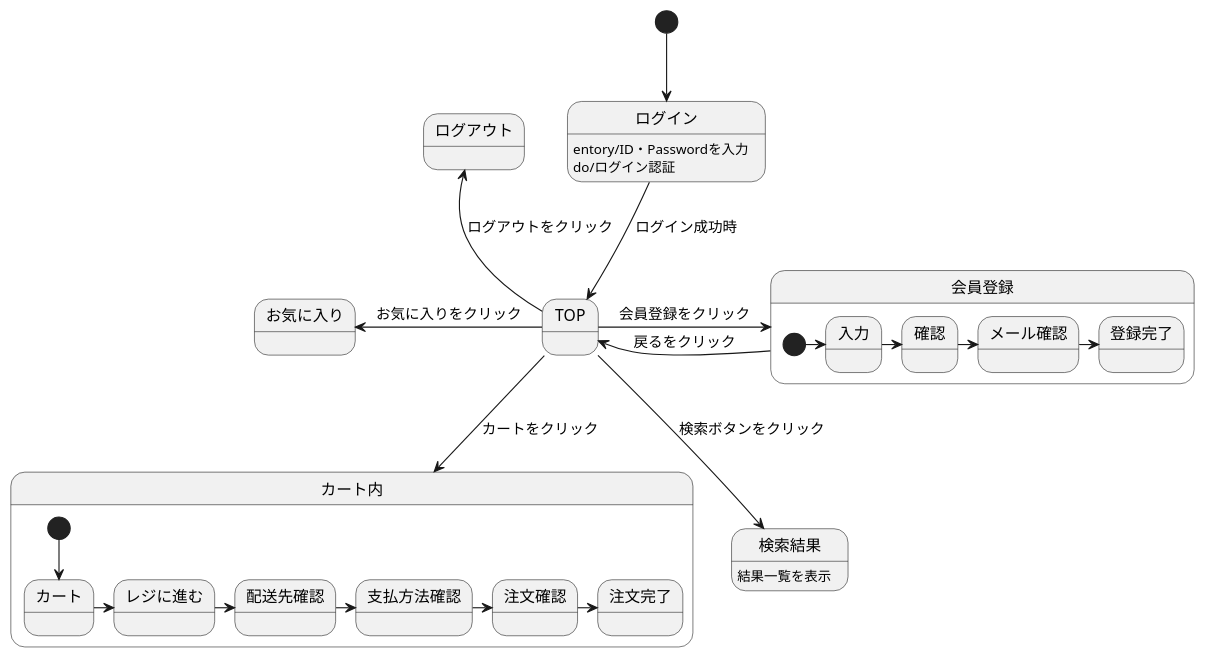
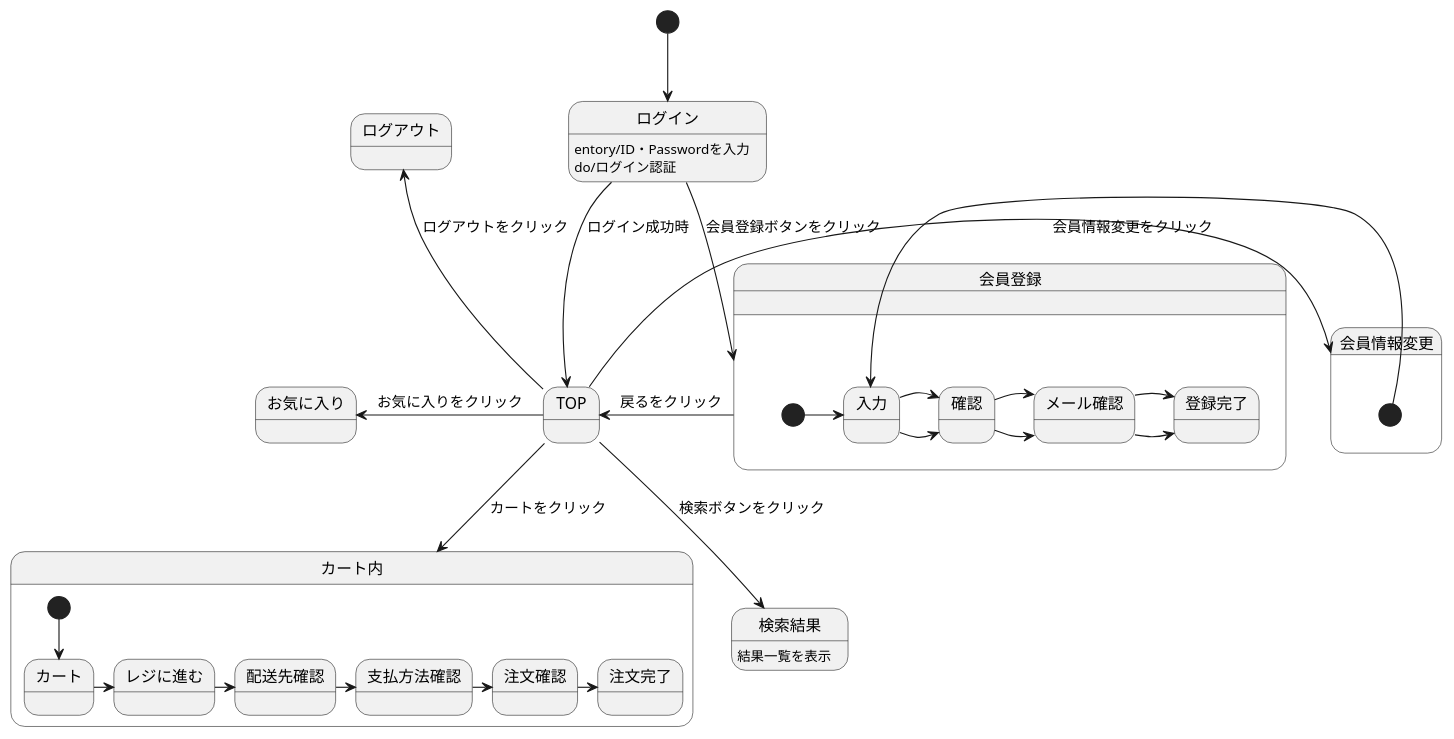
One commit to Aso2101121/2021sys-design-2 changed the diagram in チーム開発/画面遷移.md. Above: the diagram before and after it, drawn with PlantUML.

````diff
--- a/チーム開発/画面遷移.md
+++ b/チーム開発/画面遷移.md
@@ -1,33 +1,42 @@
 ```uml
 @startuml
 [*]      -down->   ログイン 
+ログイン  -left->   会員登録: 会員登録ボタンをクリック
+会員登録: 
 ログイン  -down->   TOP: ログイン成功時
 ログイン: entory/ID・Passwordを入力
 ログイン: do/ログイン認証
-TOP      -right->   会員登録: 会員登録をクリック
+TOP      -right->   会員情報変更: 会員情報変更をクリック
 会員登録  ->       TOP: 戻るをクリック
 TOP       -down->  カート内: カートをクリック
 TOP       -up->    ログアウト: ログアウトをクリック
 TOP       -left->  お気に入り: お気に入りをクリック
 TOP     -down->    検索結果: 検索ボタンをクリック
 検索結果: 結果一覧を表示
 
 
 state 会員登録{
+ [*]     ->  入力
+ 入力     ->  確認
+ 確認     ->  メール確認
+ メール確認 -> 登録完了
+}
+
+state 会員情報変更{
  [*]     ->  入力
  入力     ->  確認
  確認     ->  メール確認
  メール確認 -> 登録完了
 }
 
 state カート内{
  [*]    -->    カート
  カート  ->    レジに進む
  レジに進む  ->  配送先確認
  配送先確認 ->   支払方法確認
  支払方法確認 -> 注文確認
  注文確認 ->  注文完了
 }
 
 @enduml
 ```
````
